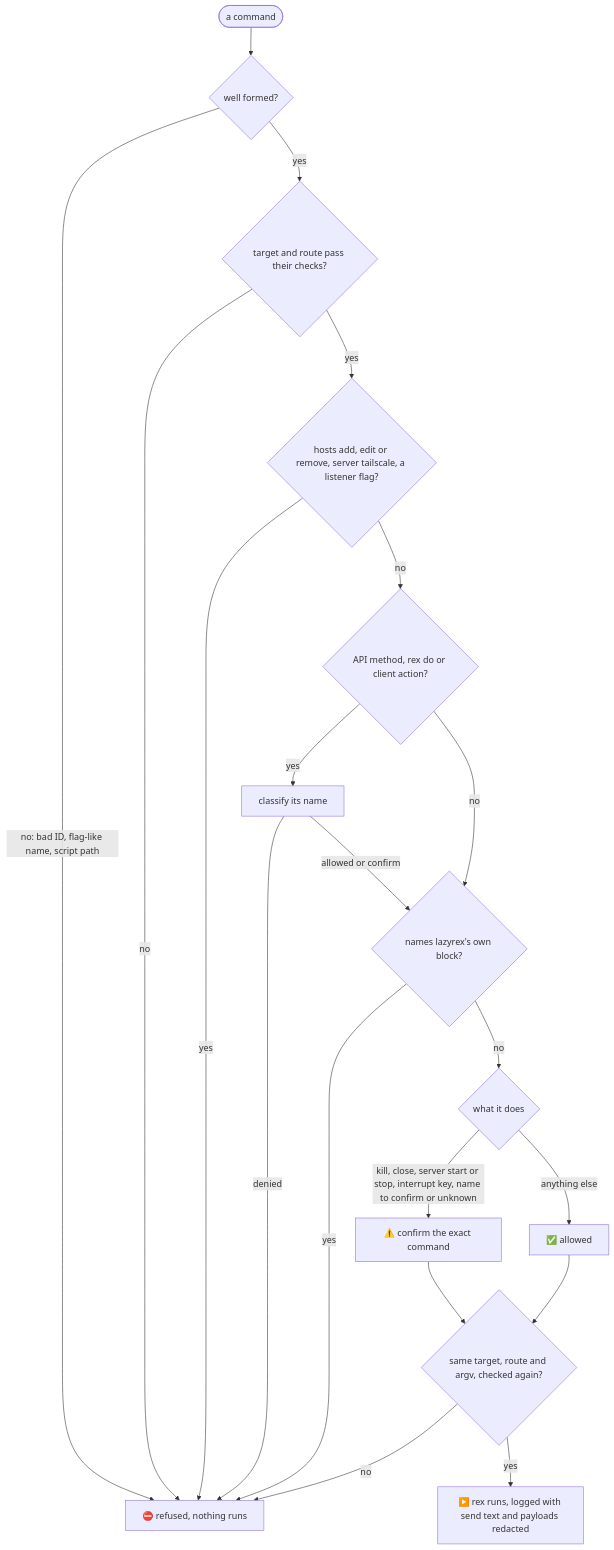
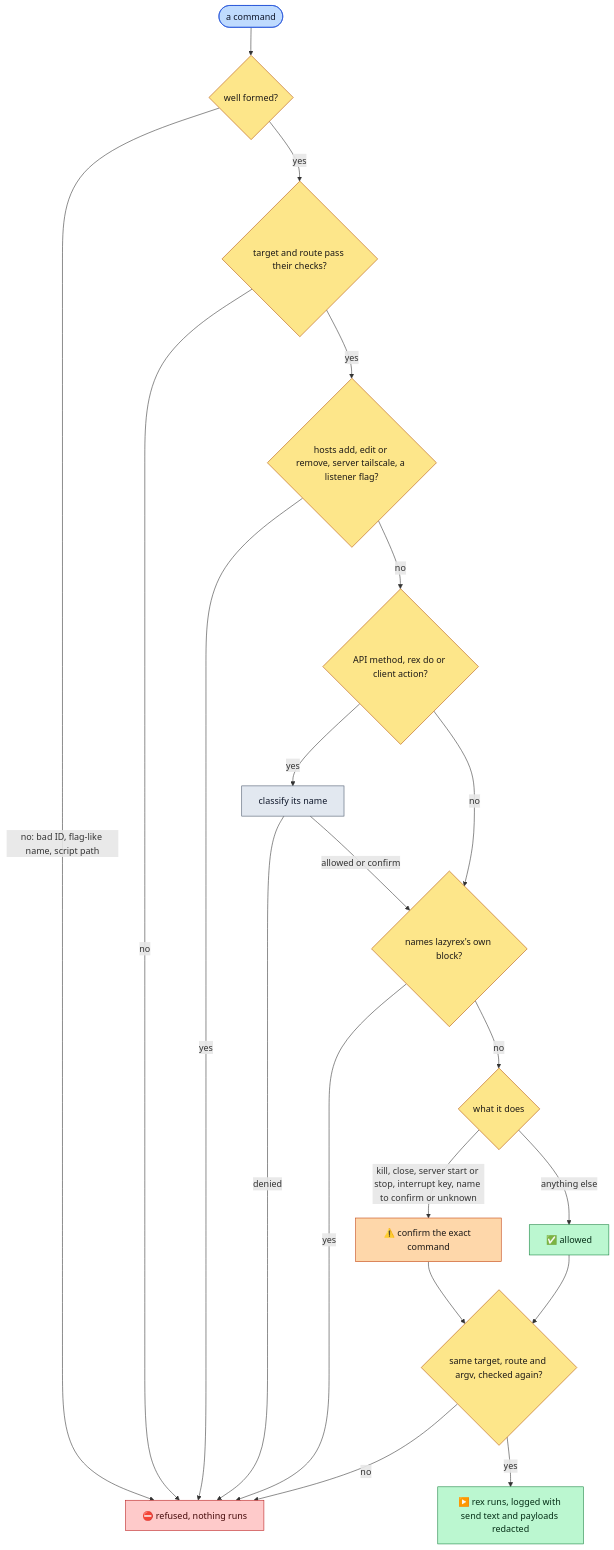
The first of 2 diagrams in docs/safety.md (rbobillot/lazyrex), drawn with Mermaid before and after one commit. The commit also changed other lines of this file and 11 other files, not shown here.

Commit message:
docs: color the mermaid diagrams

````diff
--- a/docs/safety.md
+++ b/docs/safety.md
@@ -16,22 +16,35 @@
 ```mermaid
 flowchart TB
     cmd(["a command"]) --> built{"well formed?"}
     built -->|"no: bad ID, flag-like name, script path"| deny["⛔ refused, nothing runs"]
     built -->|"yes"| route{"target and route pass their checks?"}
     route -->|"no"| deny
     route -->|"yes"| cli{"hosts add, edit or remove, server tailscale, a listener flag?"}
     cli -->|"yes"| deny
     cli -->|"no"| named{"API method, rex do or client action?"}
     named -->|"yes"| classify["classify its name"]
     classify -->|"denied"| deny
     classify -->|"allowed or confirm"| self
     named -->|"no"| self{"names lazyrex's own block?"}
     self -->|"yes"| deny
     self -->|"no"| kind{"what it does"}
     kind -->|"kill, close, server start or stop, interrupt key, name to confirm or unknown"| confirm["⚠️ confirm the exact command"]
     kind -->|"anything else"| allow["✅ allowed"]
     confirm --> again{"same target, route and argv, checked again?"}
     allow --> again
     again -->|"no"| deny
     again -->|"yes"| run["▶️ rex runs, logged with send text and payloads redacted"]
+    classDef entry fill:#bfdbfe,stroke:#1d4ed8,color:#0f172a
+    classDef step fill:#e2e8f0,stroke:#475569,color:#0f172a
+    classDef decision fill:#fde68a,stroke:#b45309,color:#1c1917
+    classDef caution fill:#fed7aa,stroke:#c2410c,color:#1c1917
+    classDef success fill:#bbf7d0,stroke:#15803d,color:#052e16
+    classDef failure fill:#fecaca,stroke:#b91c1c,color:#450a0a
+    classDef rexside fill:#99f6e4,stroke:#0f766e,color:#042f2e
+    class cmd entry
+    class built,route,cli,named,self,kind,again decision
+    class classify step
+    class confirm caution
+    class allow,run success
+    class deny failure
 ```
````
